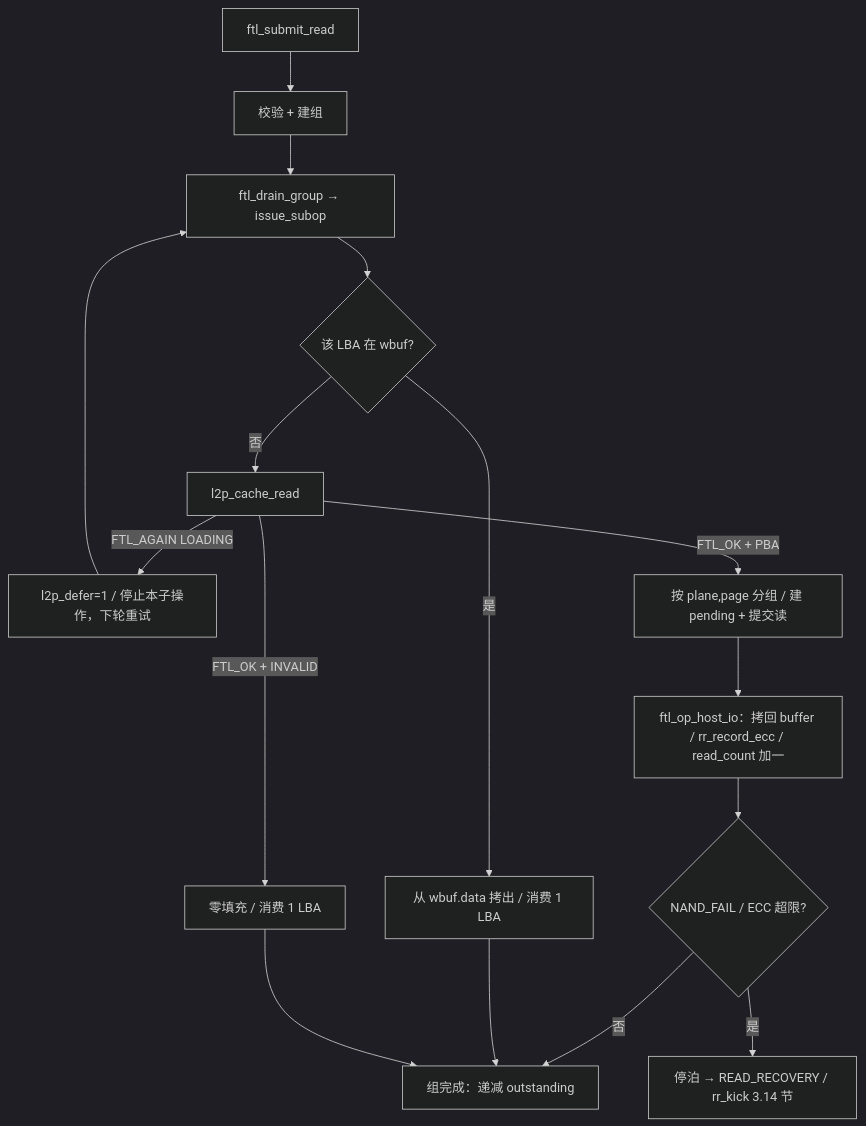
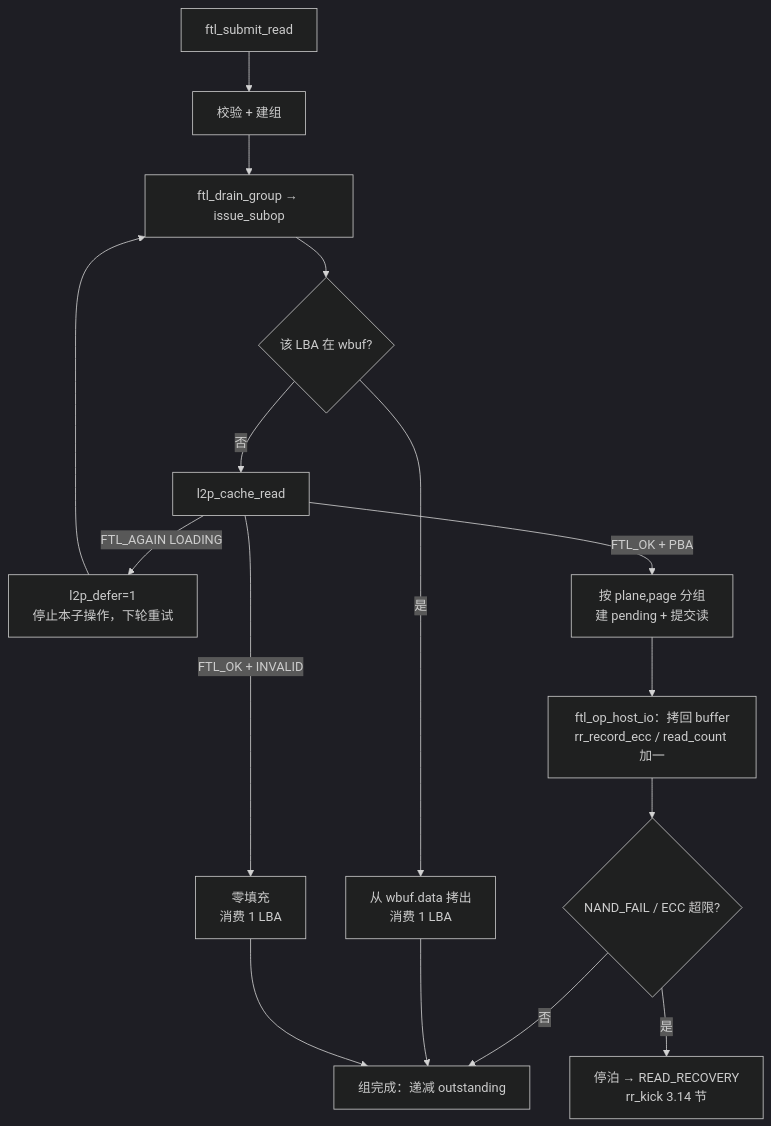
Diagram 22 of 28 in docs/design/ftl_design.md (YzYMIAO/BASESSD), drawn with Mermaid (dark theme) before and after one commit. The commit also changed other lines of this file, not shown here.

First line of the commit message:
docs(ftl): 恢复 <br/>、清理 stateDiagram 标签

````diff
--- a/docs/design/ftl_design.md
+++ b/docs/design/ftl_design.md
@@ -2912,18 +2912,18 @@
 ```mermaid
 flowchart TD
     A["ftl_submit_read"] --> B["校验 + 建组"]
     B --> C["ftl_drain_group → issue_subop"]
     C --> D{"该 LBA 在 wbuf?"}
-    D -- "是" --> E["从 wbuf.data 拷出 / 消费 1 LBA"]
+    D -- "是" --> E["从 wbuf.data 拷出<br/>消费 1 LBA"]
     D -- "否" --> F["l2p_cache_read"]
-    F -- "FTL_AGAIN LOADING" --> G["l2p_defer=1 / 停止本子操作，下轮重试"]
-    F -- "FTL_OK + INVALID" --> H["零填充 / 消费 1 LBA"]
-    F -- "FTL_OK + PBA" --> I["按 plane,page 分组 / 建 pending + 提交读"]
-    I --> J["ftl_op_host_io：拷回 buffer / rr_record_ecc / read_count 加一"]
+    F -- "FTL_AGAIN LOADING" --> G["l2p_defer=1<br/>停止本子操作，下轮重试"]
+    F -- "FTL_OK + INVALID" --> H["零填充<br/>消费 1 LBA"]
+    F -- "FTL_OK + PBA" --> I["按 plane,page 分组<br/>建 pending + 提交读"]
+    I --> J["ftl_op_host_io：拷回 buffer<br/>rr_record_ecc / read_count 加一"]
     J --> K{"NAND_FAIL / ECC 超限?"}
-    K -- "是" --> L["停泊 → READ_RECOVERY / rr_kick 3.14 节"]
+    K -- "是" --> L["停泊 → READ_RECOVERY<br/>rr_kick 3.14 节"]
     K -- "否" --> M["组完成：递减 outstanding"]
     E --> M
     H --> M
     G --> C
 ```
````
